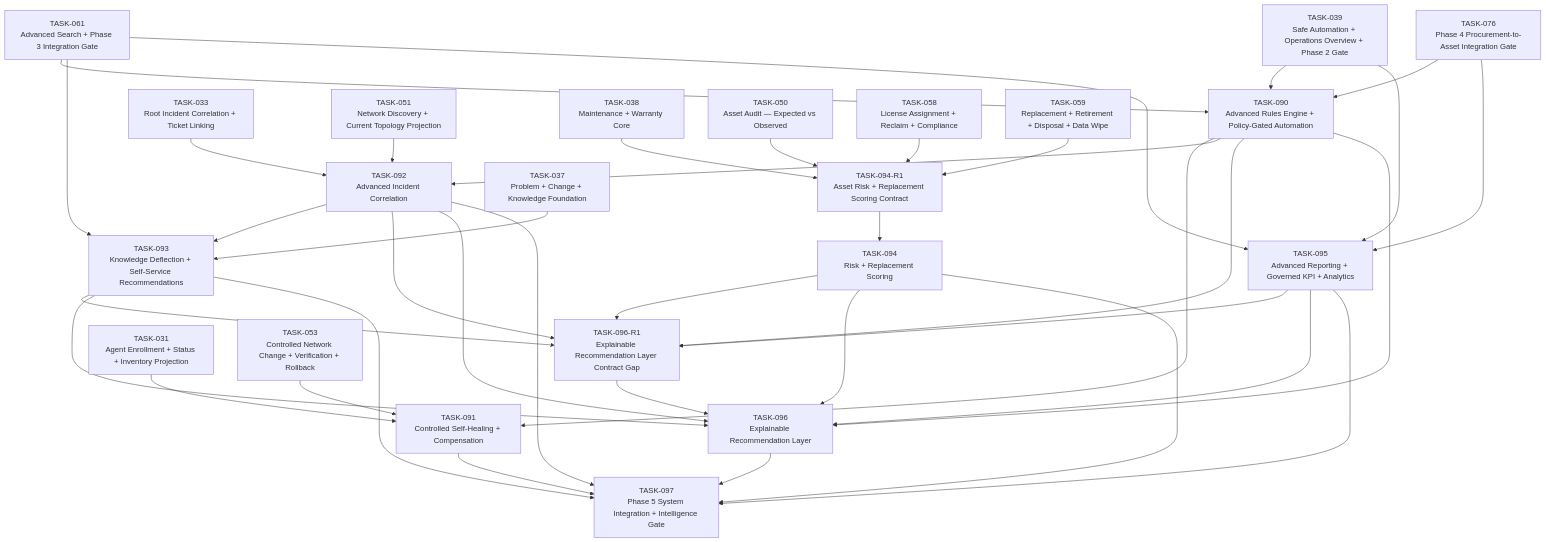
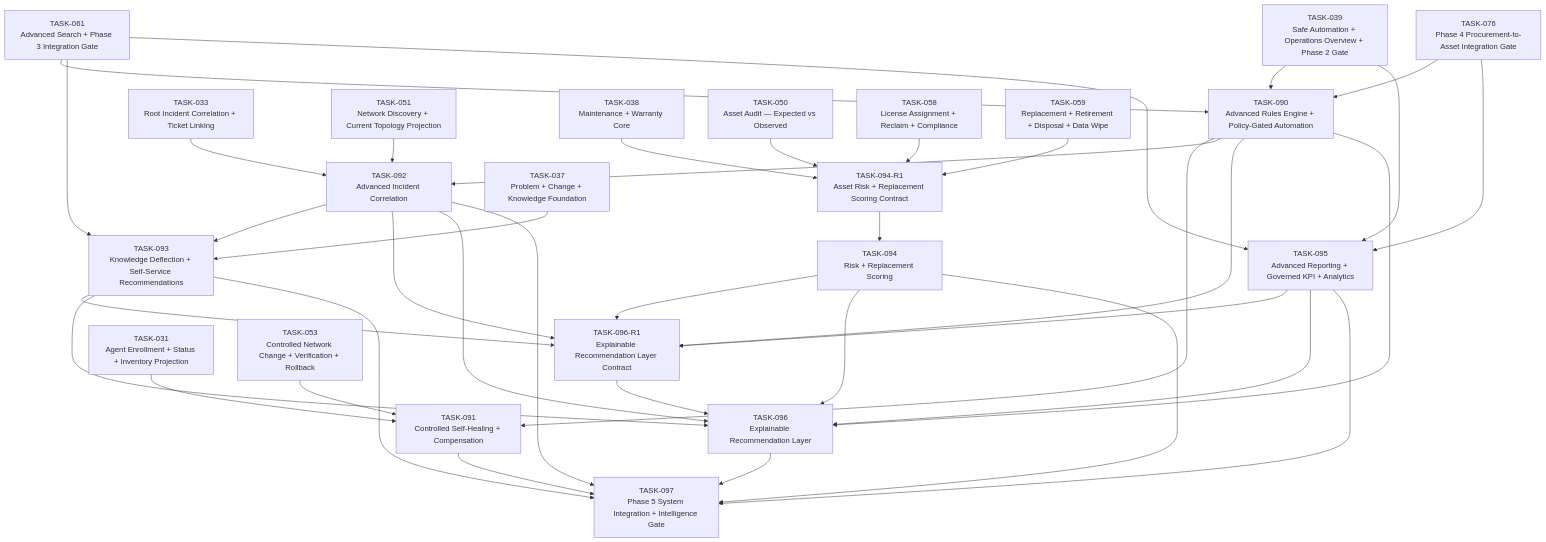
Before and after one commit to duclee9x/itcenter: the seventh of 7 diagrams in tasks/CODEX_TASK_DEPENDENCY_GRAPH.md, drawn with Mermaid. The commit also changed 18 other files, not shown here.

Commit message:
Complete TASK-096 recommendation aggregation contract

````diff
--- a/tasks/CODEX_TASK_DEPENDENCY_GRAPH.md
+++ b/tasks/CODEX_TASK_DEPENDENCY_GRAPH.md
@@ -262,62 +262,62 @@
 ```mermaid
 flowchart TD
   TASK_090["TASK-090<br/>Advanced Rules Engine + Policy-Gated Automation"]
   TASK_091["TASK-091<br/>Controlled Self-Healing + Compensation"]
   TASK_092["TASK-092<br/>Advanced Incident Correlation"]
   TASK_093["TASK-093<br/>Knowledge Deflection + Self-Service Recommendations"]
   TASK_094_R1["TASK-094-R1<br/>Asset Risk + Replacement Scoring Contract"]
   TASK_094["TASK-094<br/>Risk + Replacement Scoring"]
   TASK_095["TASK-095<br/>Advanced Reporting + Governed KPI + Analytics"]
-  TASK_096_R1["TASK-096-R1<br/>Explainable Recommendation Layer Contract Gap"]
+  TASK_096_R1["TASK-096-R1<br/>Explainable Recommendation Layer Contract"]
   TASK_096["TASK-096<br/>Explainable Recommendation Layer"]
   TASK_097["TASK-097<br/>Phase 5 System Integration + Intelligence Gate"]
   TASK_039["TASK-039<br/>Safe Automation + Operations Overview + Phase 2 Gate"]
   TASK_039 --> TASK_090
   TASK_061["TASK-061<br/>Advanced Search + Phase 3 Integration Gate"]
   TASK_061 --> TASK_090
   TASK_076["TASK-076<br/>Phase 4 Procurement-to-Asset Integration Gate"]
   TASK_076 --> TASK_090
   TASK_031["TASK-031<br/>Agent Enrollment + Status + Inventory Projection"]
   TASK_031 --> TASK_091
   TASK_053["TASK-053<br/>Controlled Network Change + Verification + Rollback"]
   TASK_053 --> TASK_091
   TASK_090 --> TASK_091
   TASK_033["TASK-033<br/>Root Incident Correlation + Ticket Linking"]
   TASK_033 --> TASK_092
   TASK_051["TASK-051<br/>Network Discovery + Current Topology Projection"]
   TASK_051 --> TASK_092
   TASK_090 --> TASK_092
   TASK_037["TASK-037<br/>Problem + Change + Knowledge Foundation"]
   TASK_037 --> TASK_093
   TASK_061 --> TASK_093
   TASK_092 --> TASK_093
   TASK_038["TASK-038<br/>Maintenance + Warranty Core"]
   TASK_038 --> TASK_094_R1
   TASK_050["TASK-050<br/>Asset Audit — Expected vs Observed"]
   TASK_050 --> TASK_094_R1
   TASK_058["TASK-058<br/>License Assignment + Reclaim + Compliance"]
   TASK_058 --> TASK_094_R1
   TASK_059["TASK-059<br/>Replacement + Retirement + Disposal + Data Wipe"]
   TASK_059 --> TASK_094_R1
   TASK_094_R1 --> TASK_094
   TASK_039 --> TASK_095
   TASK_061 --> TASK_095
   TASK_076 --> TASK_095
   TASK_090 --> TASK_096_R1
   TASK_092 --> TASK_096_R1
   TASK_093 --> TASK_096_R1
   TASK_094 --> TASK_096_R1
   TASK_095 --> TASK_096_R1
   TASK_096_R1 --> TASK_096
   TASK_090 --> TASK_096
   TASK_092 --> TASK_096
   TASK_093 --> TASK_096
   TASK_094 --> TASK_096
   TASK_095 --> TASK_096
   TASK_091 --> TASK_097
   TASK_092 --> TASK_097
   TASK_093 --> TASK_097
   TASK_094 --> TASK_097
   TASK_095 --> TASK_097
   TASK_096 --> TASK_097
 ```
````
